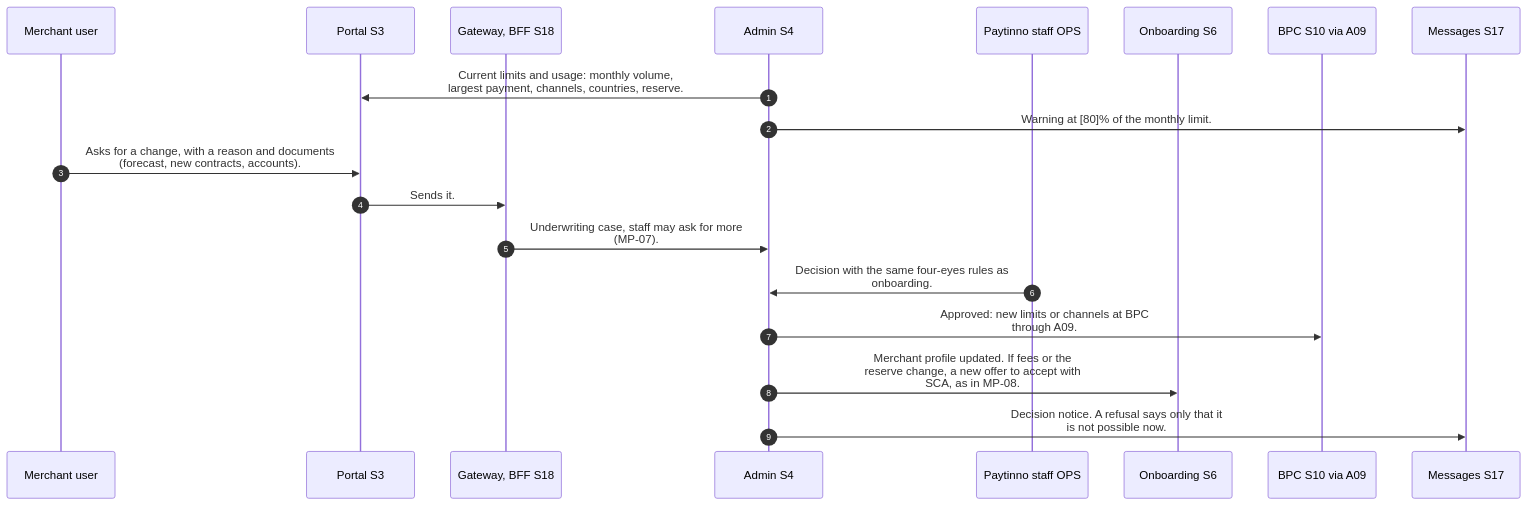
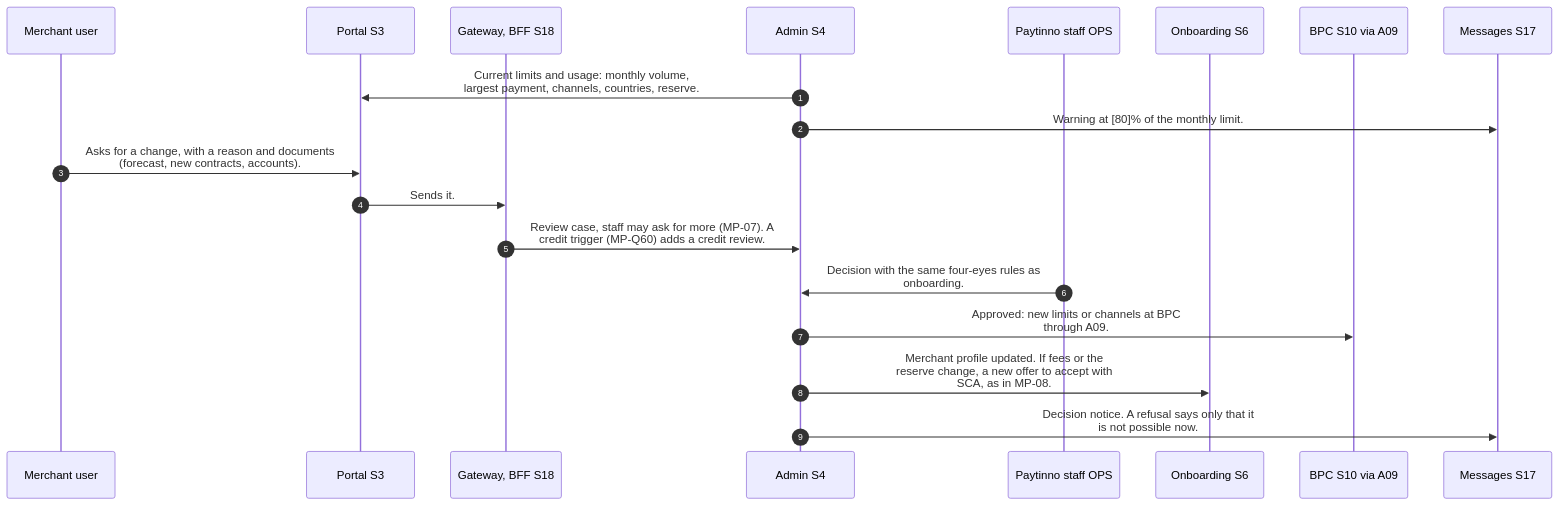
Before and after one commit to paytinno/merchant-portal-workflows: the first of 2 diagrams in docs/workflows/MP-38-ask-for-higher-limits-or-new-services.md, drawn with Mermaid. The commit also changed other lines of this file and 20 other files, not shown here.

First line of the commit message:
Rename underwriting to onboarding review; high-risk sector checks

````diff
--- a/docs/workflows/MP-38-ask-for-higher-limits-or-new-services.md
+++ b/docs/workflows/MP-38-ask-for-higher-limits-or-new-services.md
@@ -22,21 +22,21 @@
 ```mermaid
 sequenceDiagram
   autonumber
   participant MER as Merchant user
   participant S3 as Portal S3
   participant S18 as Gateway, BFF S18
   participant S4 as Admin S4
   participant OPS as Paytinno staff OPS
   participant S6 as Onboarding S6
   participant S10 as BPC S10 via A09
   participant S17 as Messages S17
   S4->>S3: Current limits and usage: monthly volume,<br/>largest payment, channels, countries, reserve.
   S4->>S17: Warning at [80]% of the monthly limit.
   MER->>S3: Asks for a change, with a reason and documents<br/>(forecast, new contracts, accounts).
   S3->>S18: Sends it.
-  S18->>S4: Underwriting case, staff may ask for more<br/>(MP-07).
+  S18->>S4: Review case, staff may ask for more (MP-07). A<br/>credit trigger (MP-Q60) adds a credit review.
   OPS->>S4: Decision with the same four-eyes rules as<br/>onboarding.
   S4->>S10: Approved: new limits or channels at BPC<br/>through A09.
   S4->>S6: Merchant profile updated. If fees or the<br/>reserve change, a new offer to accept with<br/>SCA, as in MP-08.
   S4->>S17: Decision notice. A refusal says only that it<br/>is not possible now.
 ```
````
